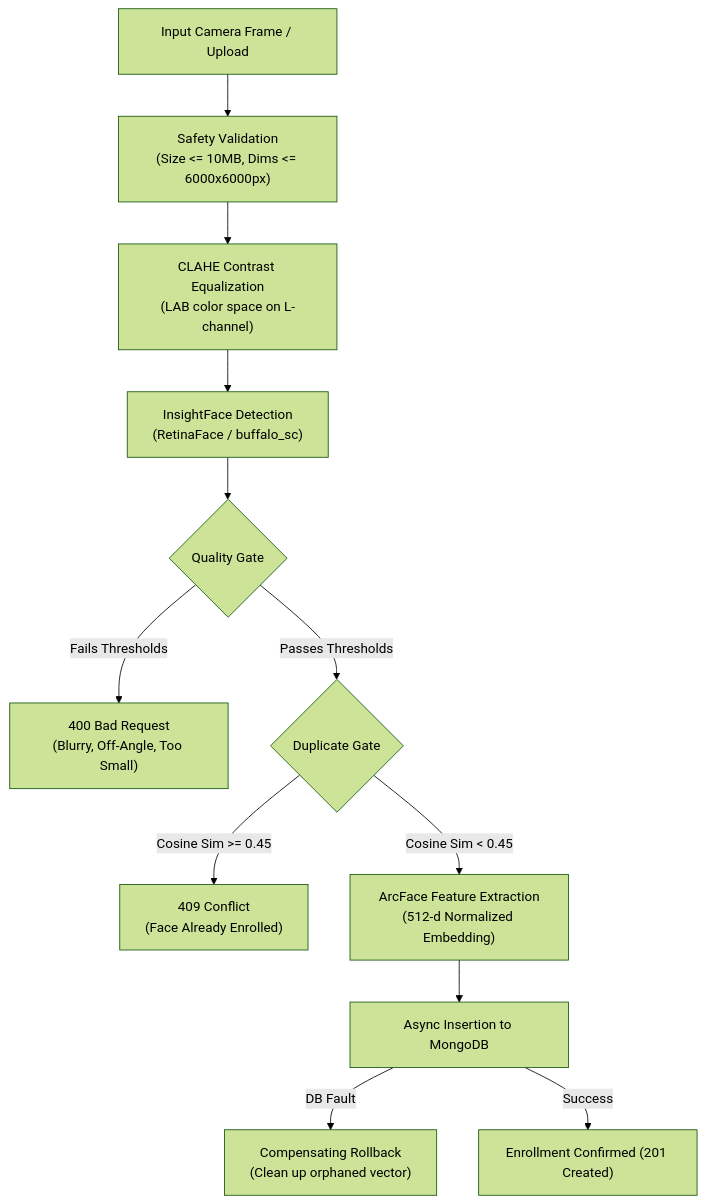
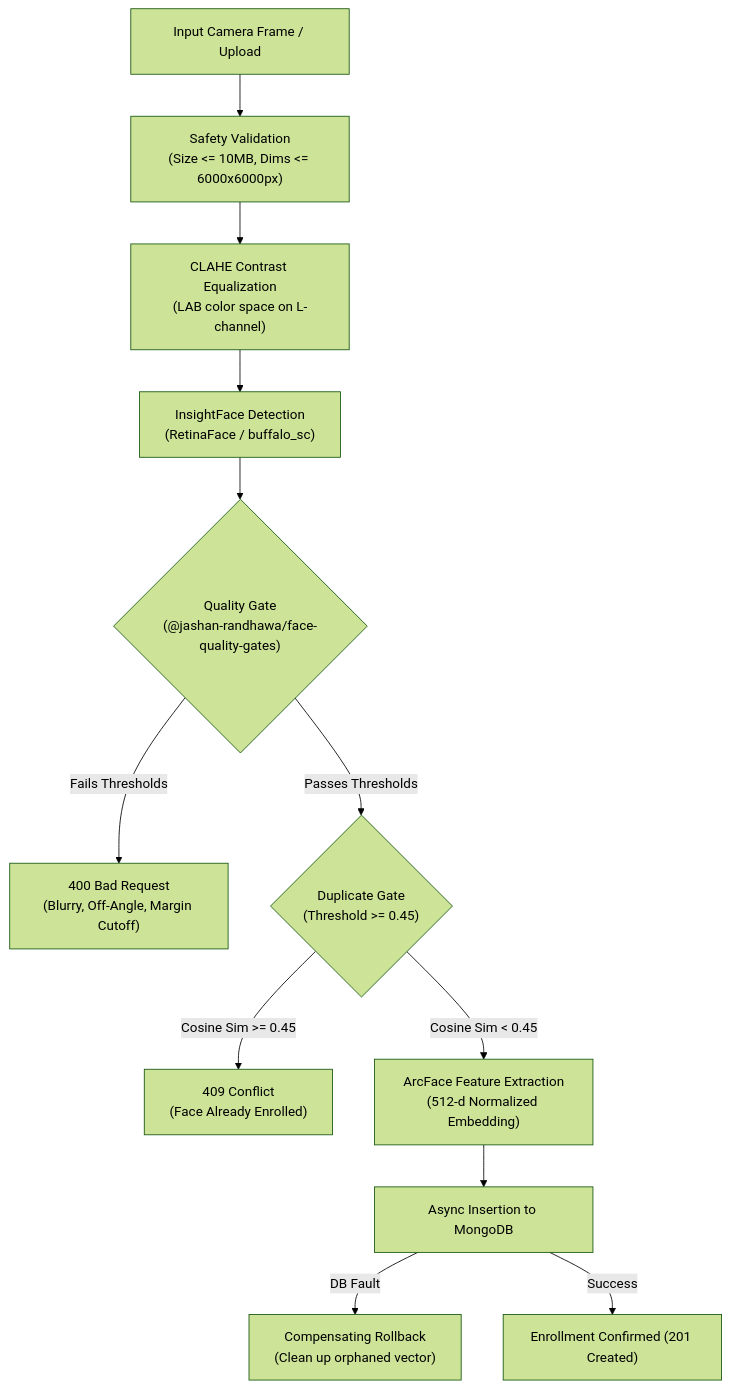
Before and after one commit to Jashan-randhawa/AI-Attendance-System: the diagram in wiki/Biometric-Vision-Pipeline.md, drawn with Mermaid (forest theme). The commit also changed other lines of this file and 10 other files, not shown here.

````diff
--- a/wiki/Biometric-Vision-Pipeline.md
+++ b/wiki/Biometric-Vision-Pipeline.md
@@ -9,17 +9,17 @@
 ```mermaid
 flowchart TD
     Frame["Input Camera Frame / Upload"] --> Validate["Safety Validation\n(Size <= 10MB, Dims <= 6000x6000px)"]
     Validate --> CLAHE["CLAHE Contrast Equalization\n(LAB color space on L-channel)"]
     CLAHE --> Detect["InsightFace Detection\n(RetinaFace / buffalo_sc)"]
-    Detect --> Filter{"Quality Gate"}
+    Detect --> Filter{"Quality Gate\n(@jashan-randhawa/face-quality-gates)"}
 
-    Filter -- "Fails Thresholds" --> Reject["400 Bad Request\n(Blurry, Off-Angle, Too Small)"]
+    Filter -- "Fails Thresholds" --> Reject["400 Bad Request\n(Blurry, Off-Angle, Margin Cutoff)"]
 
-    Filter -- "Passes Thresholds" --> DupGate{"Duplicate Gate"}
+    Filter -- "Passes Thresholds" --> DupGate{"Duplicate Gate\n(Threshold >= 0.45)"}
     DupGate -- "Cosine Sim >= 0.45" --> Conflict["409 Conflict\n(Face Already Enrolled)"]
 
     DupGate -- "Cosine Sim < 0.45" --> ArcFace["ArcFace Feature Extraction\n(512-d Normalized Embedding)"]
     ArcFace --> DBInsert["Async Insertion to MongoDB"]
     DBInsert -- "DB Fault" --> Rollback["Compensating Rollback\n(Clean up orphaned vector)"]
     DBInsert -- "Success" --> Complete["Enrollment Confirmed (201 Created)"]
 ```
````
